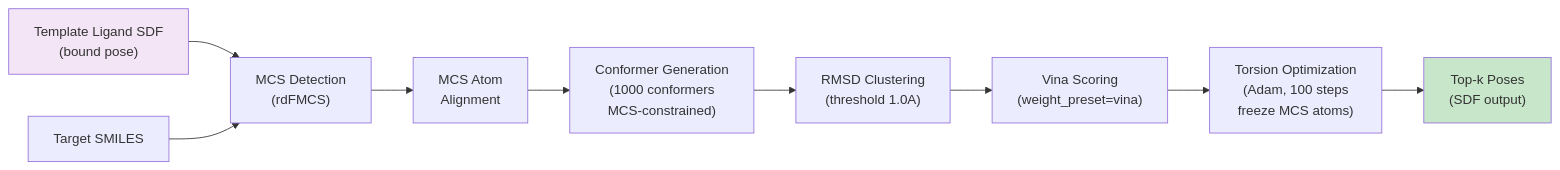
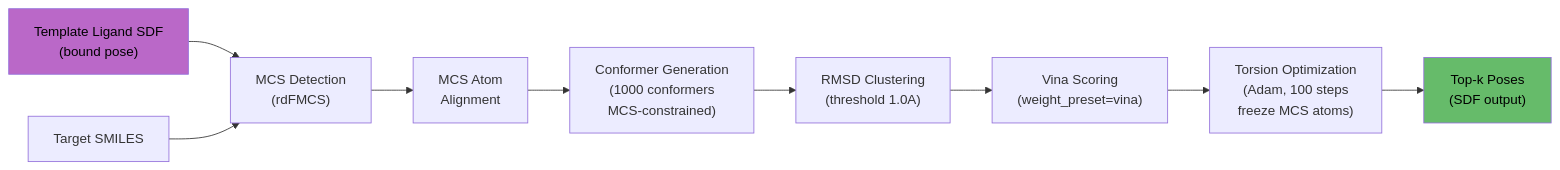
One commit to eightmm/mosaic-pl changed diagram 13 of 17 in docs/pipeline.md. Above: the diagram before and after it, drawn with Mermaid. The commit also changed other lines of this file, not shown here.

````diff
--- a/docs/pipeline.md
+++ b/docs/pipeline.md
@@ -354,14 +354,14 @@
 ```mermaid
 flowchart LR
     REF["Template Ligand SDF\n(bound pose)"] --> MCS["MCS Detection\n(rdFMCS)"]
     QUERY["Target SMILES"] --> MCS
     MCS --> ANCHOR["MCS Atom\nAlignment"]
     ANCHOR --> CONF["Conformer Generation\n(1000 conformers\nMCS-constrained)"]
     CONF --> CLUSTER["RMSD Clustering\n(threshold 1.0A)"]
     CLUSTER --> SCORE["Vina Scoring\n(weight_preset=vina)"]
     SCORE --> OPT["Torsion Optimization\n(Adam, 100 steps\nfreeze MCS atoms)"]
     OPT --> TOPK["Top-k Poses\n(SDF output)"]
 
-    style REF fill:#f3e5f5
-    style TOPK fill:#c8e6c9
+    style REF fill:#ba68c8,color:#000
+    style TOPK fill:#66bb6a,color:#000
 ```
````
